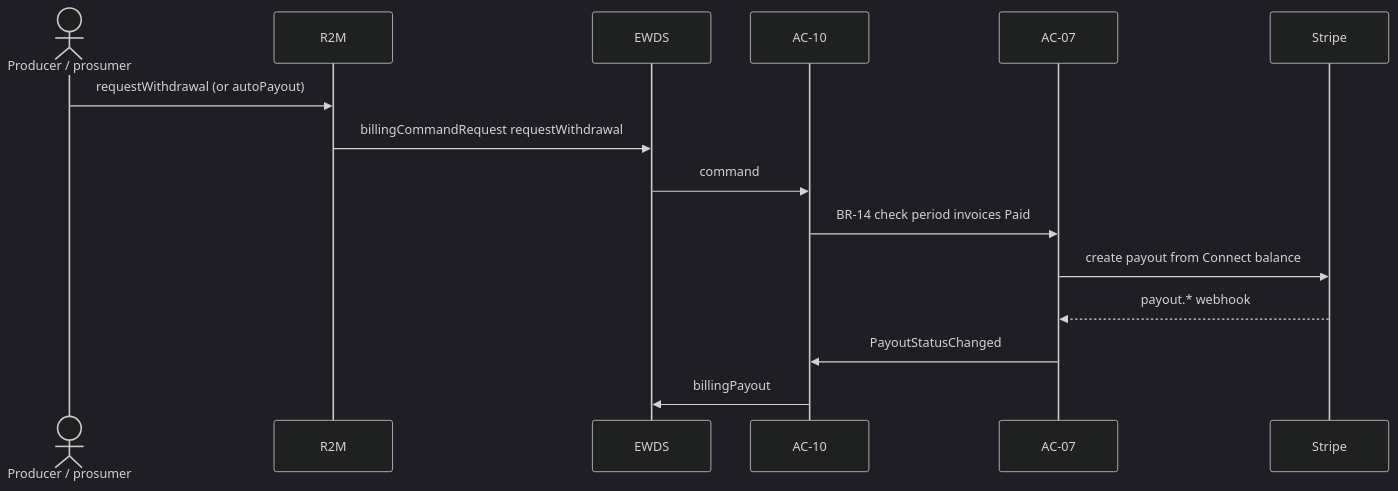
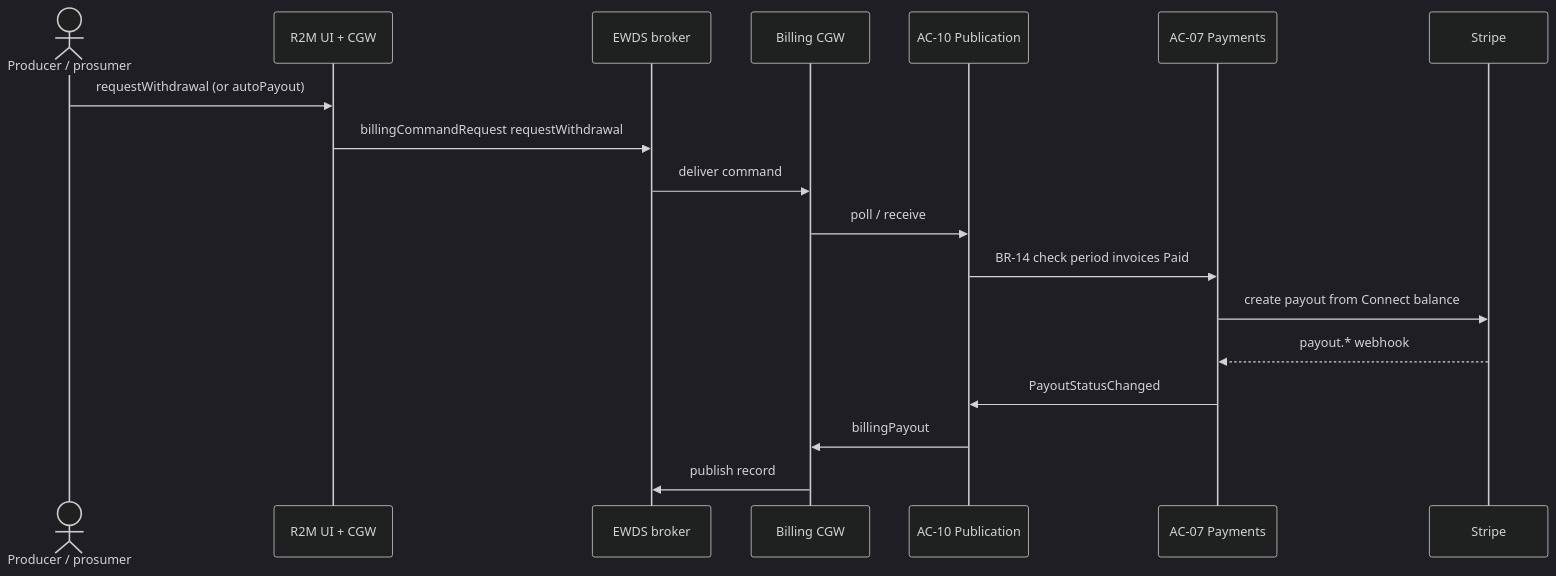
Before and after one commit to blooo-io/intelligent-eu-bps-source: the tenth of 14 diagrams in docs/architecture/07-scenario-flows.md, drawn with Mermaid (dark theme). The commit also changed other lines of this file, not shown here.

First line of the commit message:
docs(INT-450): show Billing CGW on every EWDS scenario flow (#224)

````diff
--- a/docs/architecture/07-scenario-flows.md
+++ b/docs/architecture/07-scenario-flows.md
@@ -251,17 +281,20 @@
 ```mermaid
 sequenceDiagram
   actor Prod as Producer / prosumer
-  participant R2M as R2M
-  participant EWDS as EWDS
-  participant AC10 as AC-10
-  participant AC07 as AC-07
+  participant R2M as R2M UI + CGW
+  participant EWDS as EWDS broker
+  participant CGW as Billing CGW
+  participant AC10 as AC-10 Publication
+  participant AC07 as AC-07 Payments
   participant Stripe as Stripe
   Prod->>R2M: requestWithdrawal (or autoPayout)
   R2M->>EWDS: billingCommandRequest requestWithdrawal
-  EWDS->>AC10: command
+  EWDS->>CGW: deliver command
+  CGW->>AC10: poll / receive
   AC10->>AC07: BR-14 check period invoices Paid
   AC07->>Stripe: create payout from Connect balance
   Stripe-->>AC07: payout.* webhook
   AC07->>AC10: PayoutStatusChanged
-  AC10->>EWDS: billingPayout
+  AC10->>CGW: billingPayout
+  CGW->>EWDS: publish record
 ```
````
